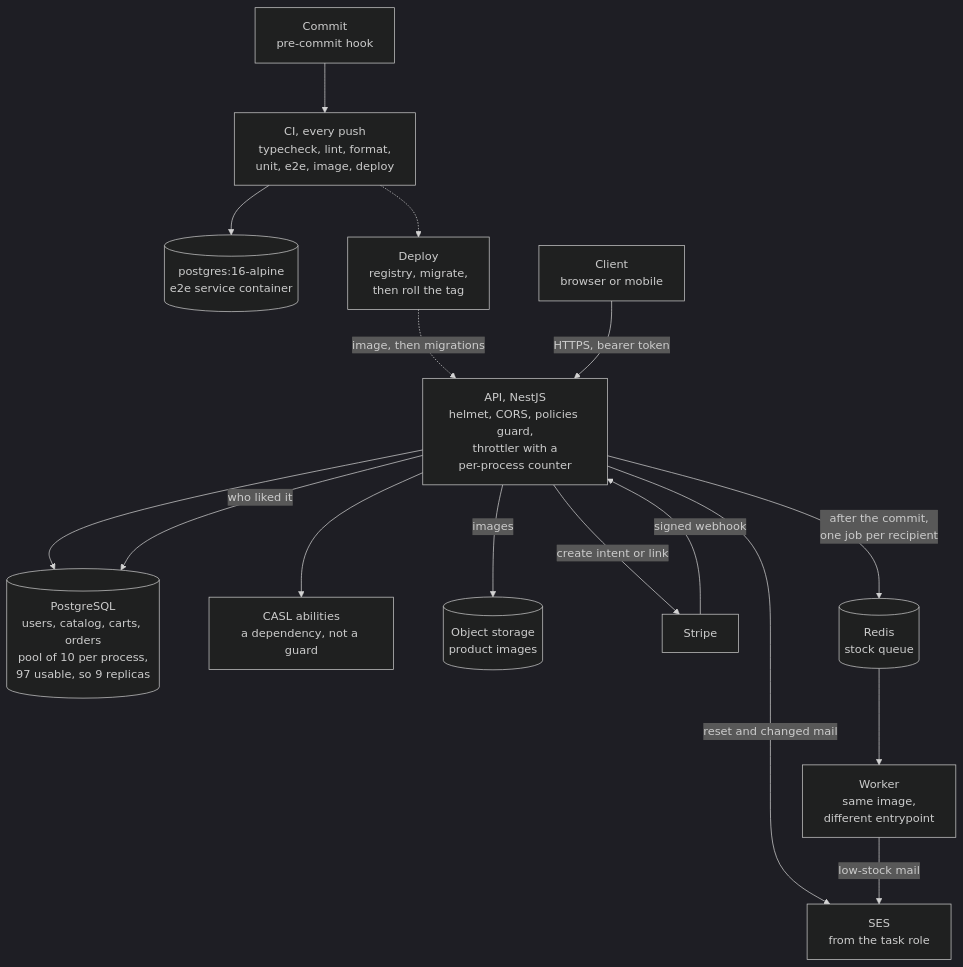
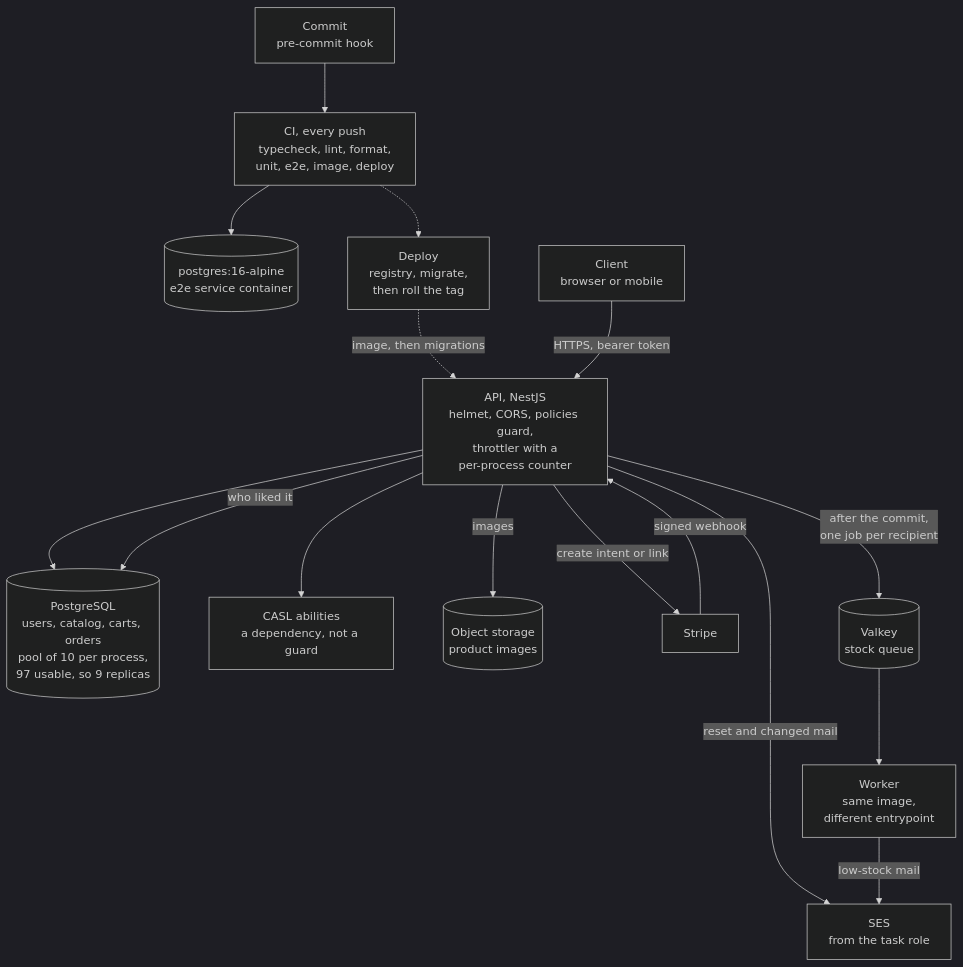
The diagram in ARCHITECTURE.md (f3r21/t-shirt-store-api), drawn with Mermaid (dark theme) before and after one commit. The commit also changed other lines of this file and 11 other files, not shown here.

````diff
--- a/ARCHITECTURE.md
+++ b/ARCHITECTURE.md
@@ -5,35 +5,35 @@
 ```mermaid
 %%{init: {"flowchart": {"nodeSpacing": 70, "rankSpacing": 70}}}%%
 flowchart TB
     code["Commit<br/>pre-commit hook"]
     ci["CI, every push<br/>typecheck, lint, format,<br/>unit, e2e, image, deploy"]
     citest[("postgres:16-alpine<br/>e2e service container")]
     deploy["Deploy<br/>registry, migrate,<br/>then roll the tag"]
 
     client["Client<br/>browser or mobile"]
     api["API, NestJS<br/>helmet, CORS, policies guard,<br/>throttler with a<br/>per-process counter"]
     pg[("PostgreSQL<br/>users, catalog, carts, orders<br/>pool of 10 per process,<br/>97 usable, so 9 replicas")]
     casl["CASL abilities<br/>a dependency, not a guard"]
     store[("Object storage<br/>product images")]
     smtp["SES<br/>from the task role"]
     stripe["Stripe"]
-    redis[("Redis<br/>stock queue")]
+    valkey[("Valkey<br/>stock queue")]
     worker["Worker<br/>same image,<br/>different entrypoint"]
 
     code --> ci
     ci --> citest
     ci -.-> deploy
     deploy -.->|"image, then migrations"| api
 
     client -->|"HTTPS, bearer token"| api
     api --> pg
     api -->|"who liked it"| pg
     api --> casl
     api -->|"images"| store
     api -->|"reset and changed mail"| smtp
     api -->|"create intent or link"| stripe
-    api -->|"after the commit,<br/>one job per recipient"| redis
+    api -->|"after the commit,<br/>one job per recipient"| valkey
     stripe -->|"signed webhook"| api
-    redis --> worker
+    valkey --> worker
     worker -->|"low-stock mail"| smtp
 ```
````
